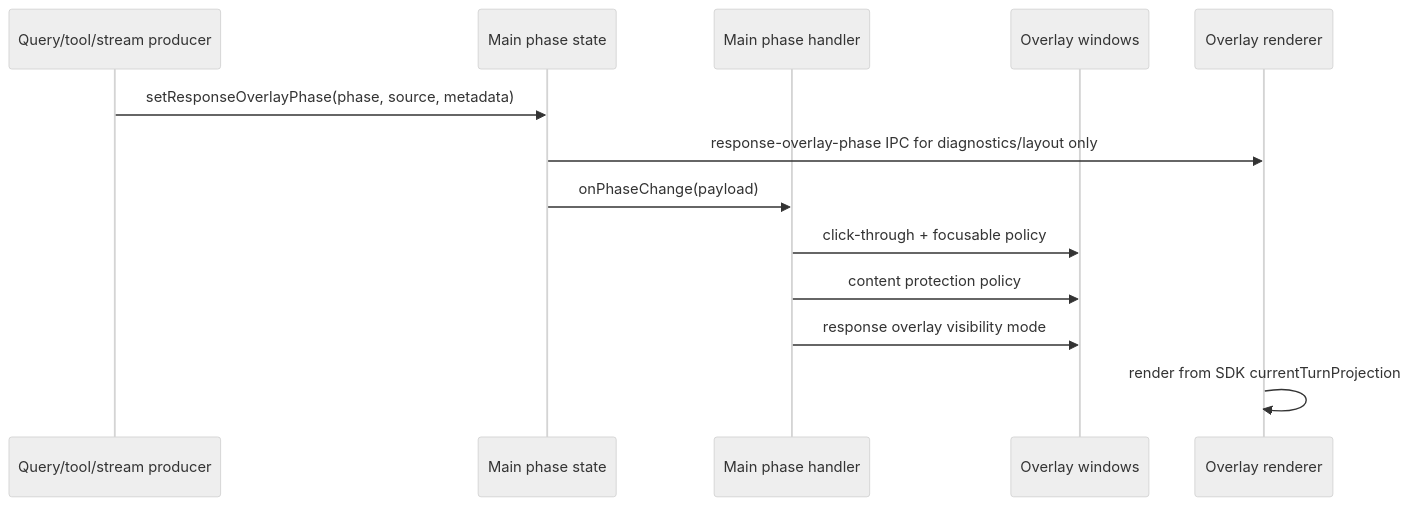
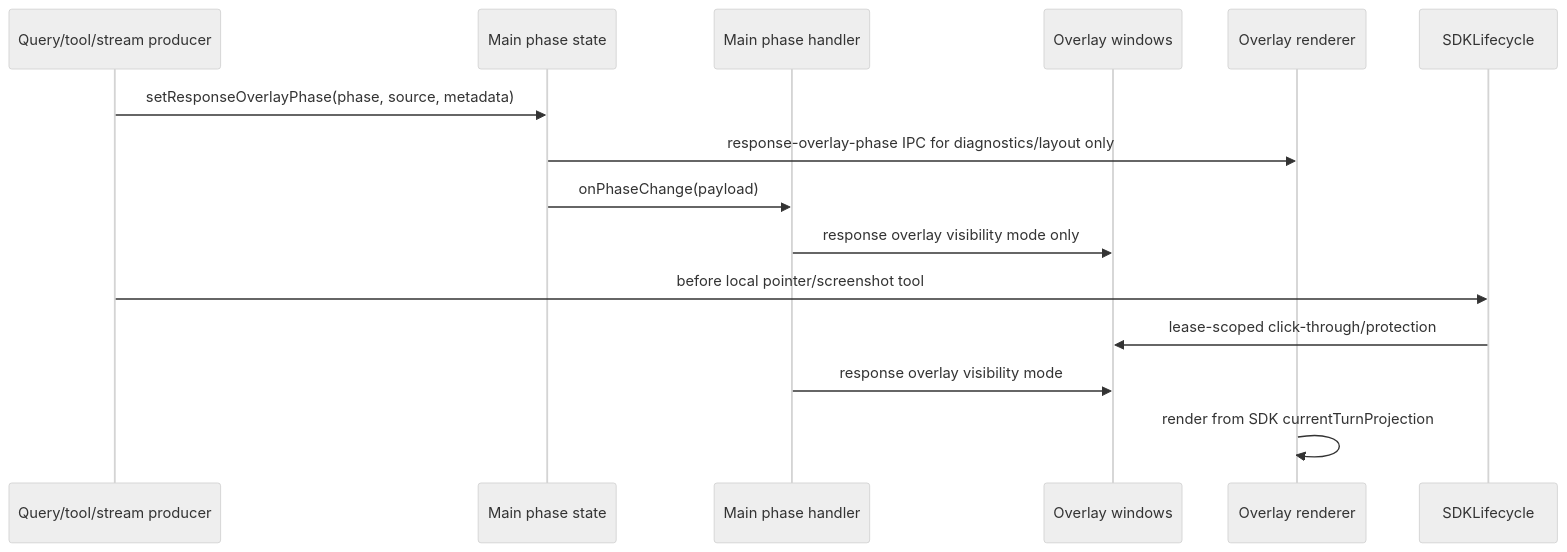
Before and after one commit to buiilding/My_Own_OpenClaw: the diagram in docs/frontend/runtime/overlay_phase_and_surface_change_workflow.md, drawn with Mermaid (neutral theme). The commit also changed other lines of this file and 49 other files, not shown here.

````diff
--- a/docs/frontend/runtime/overlay_phase_and_surface_change_workflow.md
+++ b/docs/frontend/runtime/overlay_phase_and_surface_change_workflow.md
@@ -55,16 +58,17 @@
 ```mermaid
 sequenceDiagram
     participant Producer as Query/tool/stream producer
     participant MainState as Main phase state
     participant MainHandler as Main phase handler
     participant Windows as Overlay windows
     participant Renderer as Overlay renderer
 
     Producer->>MainState: setResponseOverlayPhase(phase, source, metadata)
     MainState->>Renderer: response-overlay-phase IPC for diagnostics/layout only
     MainState->>MainHandler: onPhaseChange(payload)
-    MainHandler->>Windows: click-through + focusable policy
-    MainHandler->>Windows: content protection policy
+    MainHandler->>Windows: response overlay visibility mode only
+    Producer->>SDKLifecycle: before local pointer/screenshot tool
+    SDKLifecycle->>Windows: lease-scoped click-through/protection
     MainHandler->>Windows: response overlay visibility mode
     Renderer->>Renderer: render from SDK currentTurnProjection
 ```
````
